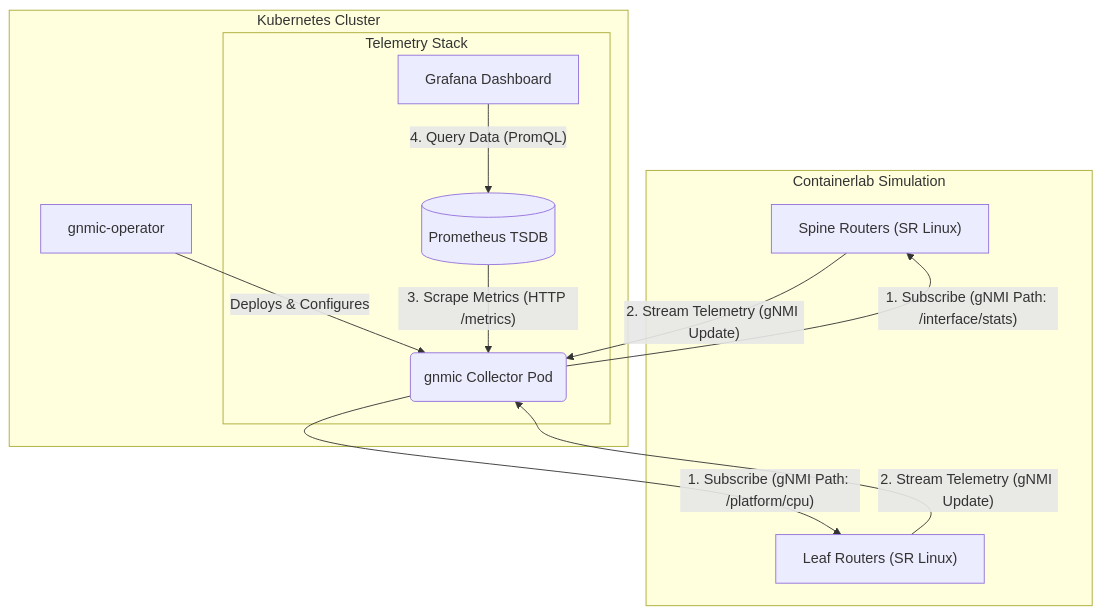
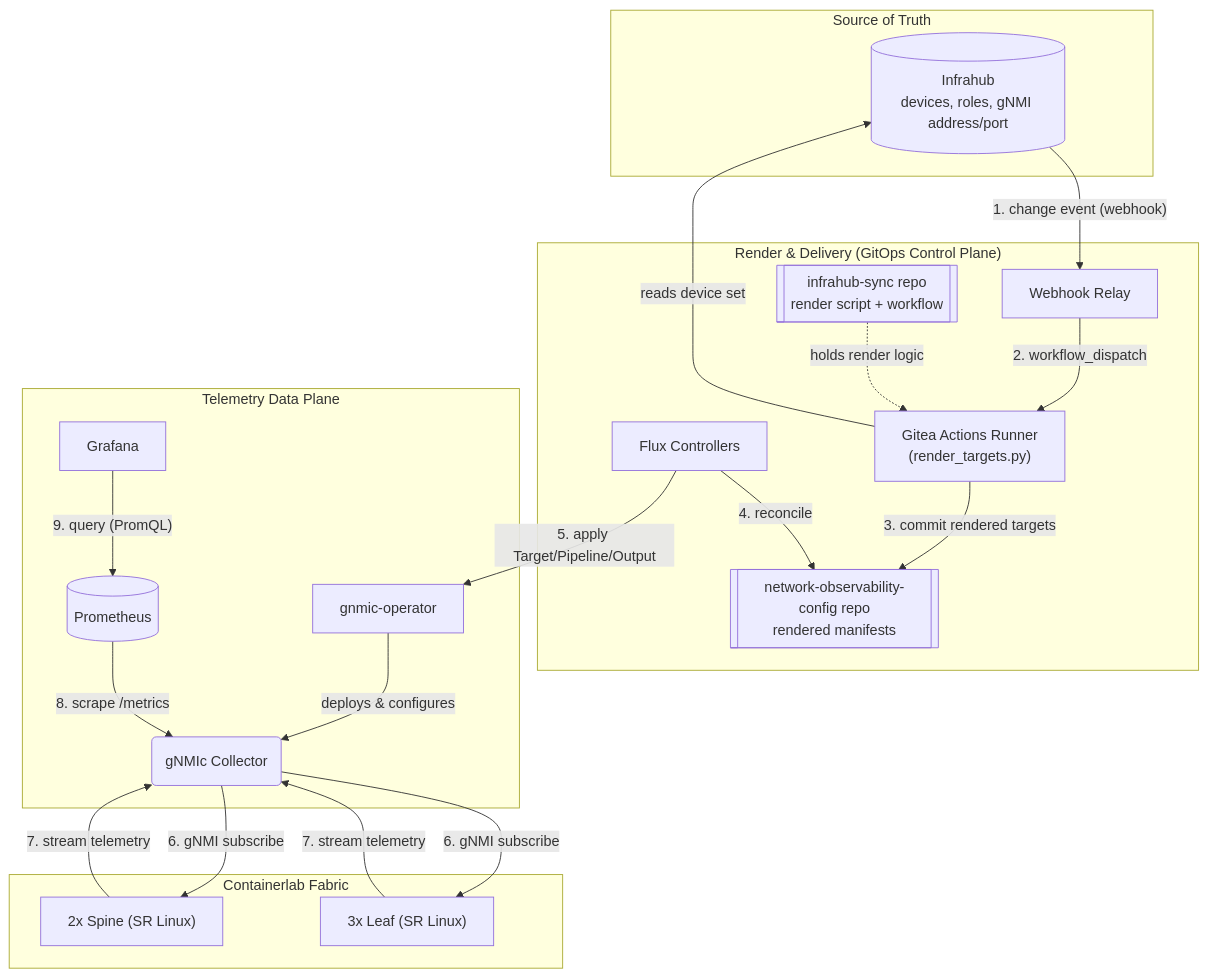
Before and after one commit to floehden/talk-openrheinmain: the diagram in readme.md, drawn with Mermaid. The commit also changed other lines of this file and 8 other files, not shown here.

````diff
--- a/readme.md
+++ b/readme.md
@@ -17,28 +25,41 @@
 ```mermaid
 graph TD
-    subgraph "Containerlab Simulation"
-        Spines["Spine Routers (SR Linux)"]
-        Leafs["Leaf Routers (SR Linux)"]
+    subgraph SoT["Source of Truth"]
+        Infrahub[("Infrahub<br/>devices, roles, gNMI address/port")]
     end
 
-    subgraph "Kubernetes Cluster"
-        Operator["gnmic-operator"]
-        
-        subgraph "Telemetry Stack"
-            Collector("gnmic Collector Pod")
-            Prometheus[("Prometheus TSDB")]
-            Grafana["Grafana Dashboard"]
-        end
+    subgraph CI["Render & Delivery (GitOps Control Plane)"]
+        Relay["Webhook Relay"]
+        Runner["Gitea Actions Runner<br/>(render_targets.py)"]
+        SyncRepo[["infrahub-sync repo<br/>render script + workflow"]]
+        FluxRepo[["network-observability-config repo<br/>rendered manifests"]]
+        Flux["Flux Controllers"]
     end
 
-    %% Workflow
-    Operator --"Deploys & Configures"--> Collector
-    Collector --"1. Subscribe (gNMI Path: /interface/stats)"--> Spines
-    Collector --"1. Subscribe (gNMI Path: /platform/cpu)"--> Leafs
-    
-    Spines --"2. Stream Telemetry (gNMI Update)"--> Collector
-    Leafs --"2. Stream Telemetry (gNMI Update)"--> Collector
-    
-    Prometheus --"3. Scrape Metrics (HTTP /metrics)"--> Collector
-    Grafana --"4. Query Data (PromQL)"--> Prometheus
+    subgraph Data["Telemetry Data Plane"]
+        Operator["gnmic-operator"]
+        Collector("gNMIc Collector")
+        Prometheus[("Prometheus")]
+        Grafana["Grafana"]
+    end
+
+    subgraph Fabric["Containerlab Fabric"]
+        Spines["2x Spine (SR Linux)"]
+        Leafs["3x Leaf (SR Linux)"]
+    end
+
+    Infrahub --"1. change event (webhook)"--> Relay
+    Relay --"2. workflow_dispatch"--> Runner
+    Runner --"reads device set"--> Infrahub
+    Runner --"3. commit rendered targets"--> FluxRepo
+    SyncRepo -.holds render logic.-> Runner
+    Flux --"4. reconcile"--> FluxRepo
+    Flux --"5. apply Target/Pipeline/Output"--> Operator
+    Operator --"deploys & configures"--> Collector
+    Collector --"6. gNMI subscribe"--> Spines
+    Collector --"6. gNMI subscribe"--> Leafs
+    Spines --"7. stream telemetry"--> Collector
+    Leafs --"7. stream telemetry"--> Collector
+    Prometheus --"8. scrape /metrics"--> Collector
+    Grafana --"9. query (PromQL)"--> Prometheus
 ```
````
